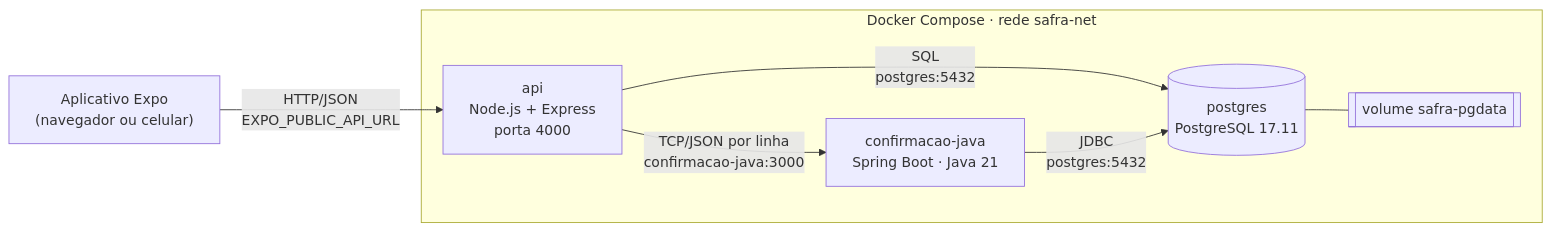
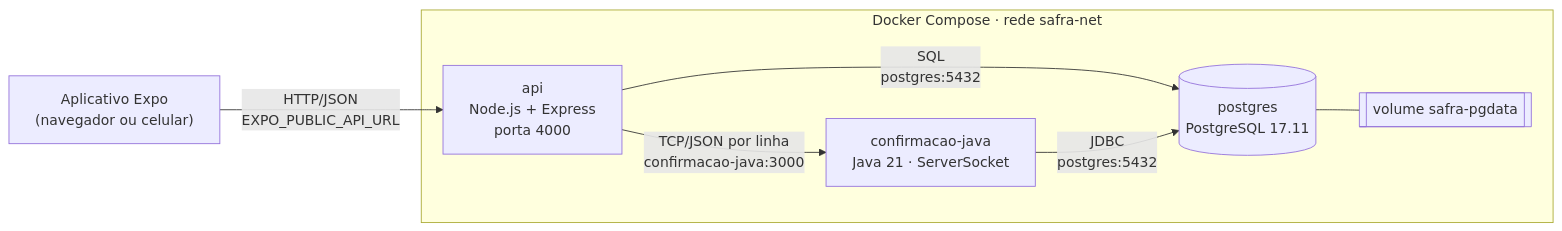
Before and after one commit to Rnchx/pi4-TURMA-gN-backend-1: the diagram in README.md, drawn with Mermaid. The commit also changed other lines of this file and 53 other files, not shown here.

````diff
--- a/README.md
+++ b/README.md
@@ -237,15 +328,15 @@
 ```mermaid
 flowchart LR
   app["Aplicativo Expo<br/>(navegador ou celular)"]
   subgraph docker["Docker Compose · rede safra-net"]
     api["api<br/>Node.js + Express<br/>porta 4000"]
-    java["confirmacao-java<br/>Spring Boot · Java 21"]
+    java["confirmacao-java<br/>Java 21 · ServerSocket"]
     pg[("postgres<br/>PostgreSQL 17.11")]
     vol[["volume safra-pgdata"]]
   end
   app -- "HTTP/JSON<br/>EXPO_PUBLIC_API_URL" --> api
   api -- "TCP/JSON por linha<br/>confirmacao-java:3000" --> java
   api -- "SQL<br/>postgres:5432" --> pg
   java -- "JDBC<br/>postgres:5432" --> pg
   pg --- vol
 ```
````
